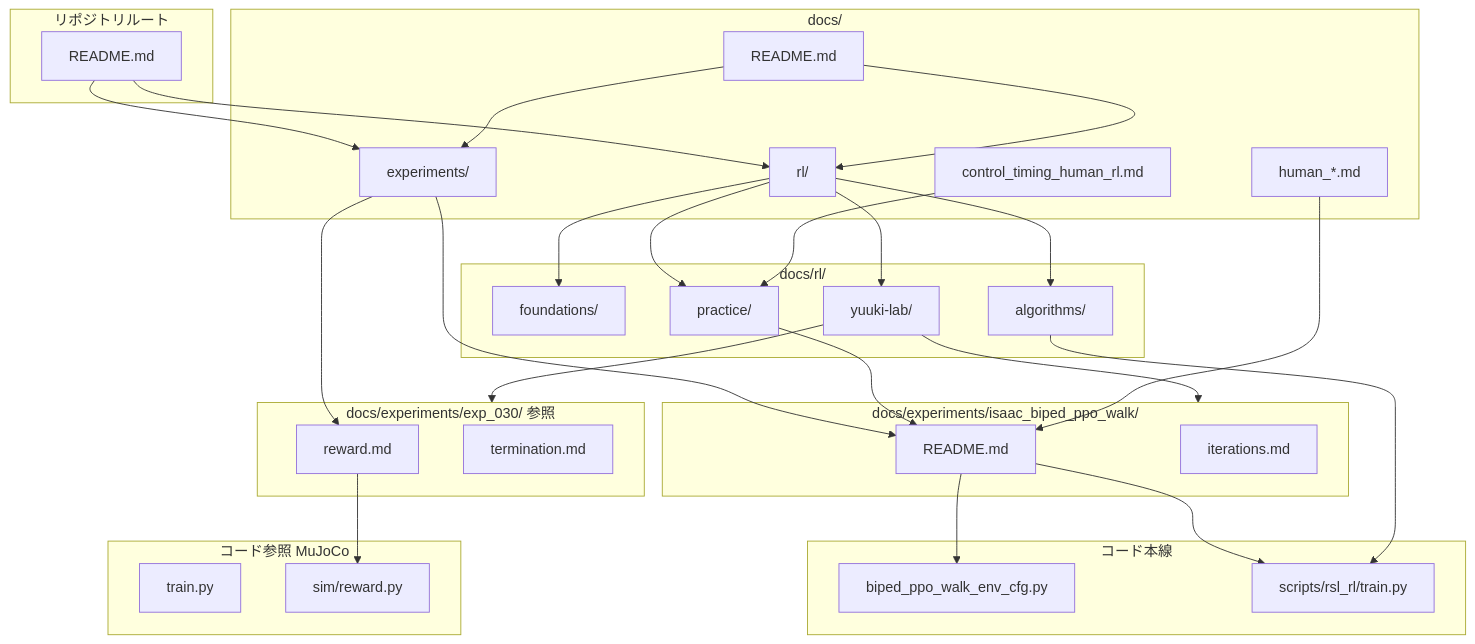
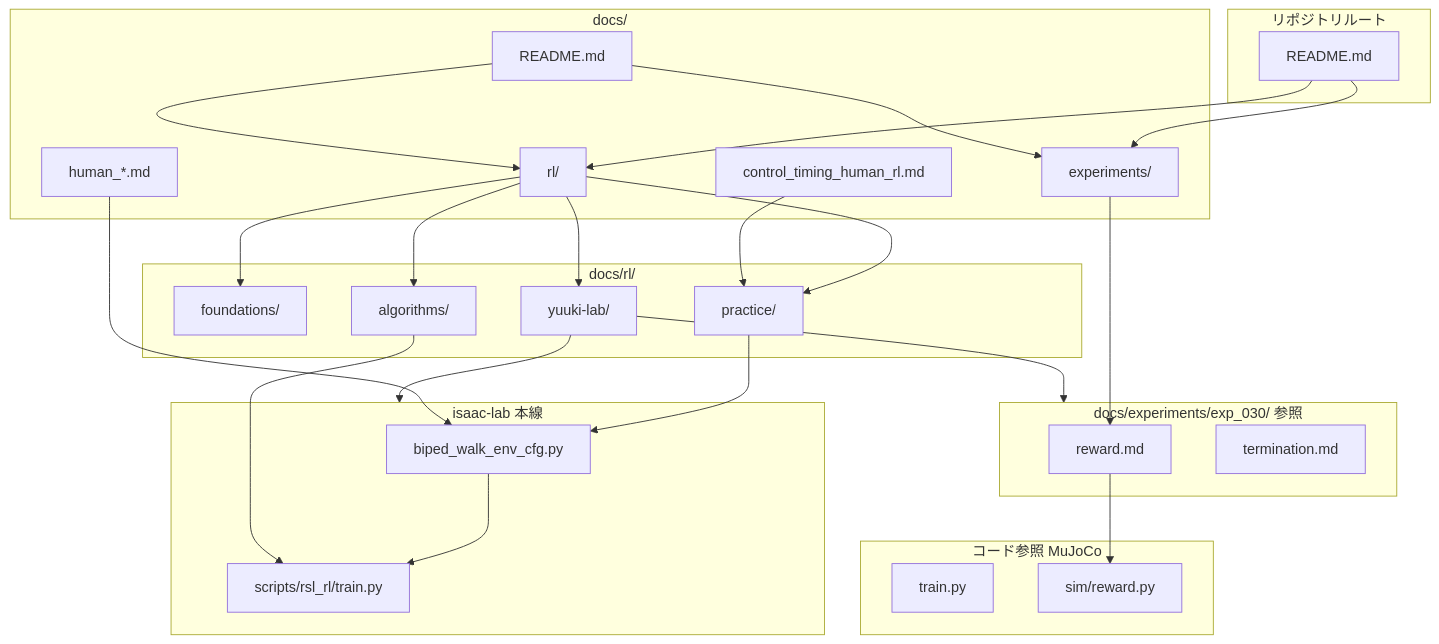
The diagram in docs/rl/yuuki-lab/docs-map.md (yuuki1645/yuuki-lab), drawn with Mermaid before and after one commit. The commit also changed other lines of this file and 76 other files, not shown here.

````diff
--- a/docs/rl/yuuki-lab/docs-map.md
+++ b/docs/rl/yuuki-lab/docs-map.md
@@ -5,61 +5,54 @@
 ```mermaid
 flowchart TB
   subgraph root [リポジトリルート]
     TOP[README.md]
   end
 
   subgraph docs [docs/]
     DOCS_README[README.md]
     RL[rl/]
     EXP[experiments/]
     HUMAN[human_*.md]
     TIMING[control_timing_human_rl.md]
   end
 
   subgraph rl_detail [docs/rl/]
     FOUND[foundations/]
     ALGO[algorithms/]
     PRAC[practice/]
     YL[yuuki-lab/]
   end
 
-  subgraph isaac_exp [docs/experiments/isaac_biped_ppo_walk/]
-    ISAAC_R[README.md]
-    ISAAC_I[iterations.md]
+  subgraph isaac_code [isaac-lab 本線]
+    ISAAC_CFG[biped_walk_env_cfg.py]
+    ISAAC_TRAIN[scripts/rsl_rl/train.py]
   end
 
   subgraph exp030 [docs/experiments/exp_030/ 参照]
     E30R[reward.md]
     E30T[termination.md]
-  end
-
-  subgraph code_main [コード本線]
-    ISAAC_CFG[biped_ppo_walk_env_cfg.py]
-    ISAAC_TRAIN[scripts/rsl_rl/train.py]
   end
 
   subgraph code_ref [コード参照 MuJoCo]
     TRAIN[train.py]
     REWARD[sim/reward.py]
   end
 
   TOP --> RL
   TOP --> EXP
   DOCS_README --> RL
   DOCS_README --> EXP
   RL --> FOUND
   RL --> ALGO
   RL --> PRAC
   RL --> YL
-  YL --> isaac_exp
+  YL --> isaac_code
   YL --> exp030
-  EXP --> ISAAC_R
   EXP --> E30R
-  ISAAC_R --> ISAAC_CFG
-  ISAAC_R --> ISAAC_TRAIN
+  ISAAC_CFG --> ISAAC_TRAIN
   E30R --> REWARD
   ALGO --> ISAAC_TRAIN
-  PRAC --> ISAAC_R
-  HUMAN --> ISAAC_R
+  PRAC --> ISAAC_CFG
+  HUMAN --> ISAAC_CFG
   TIMING --> PRAC
 ```
````
